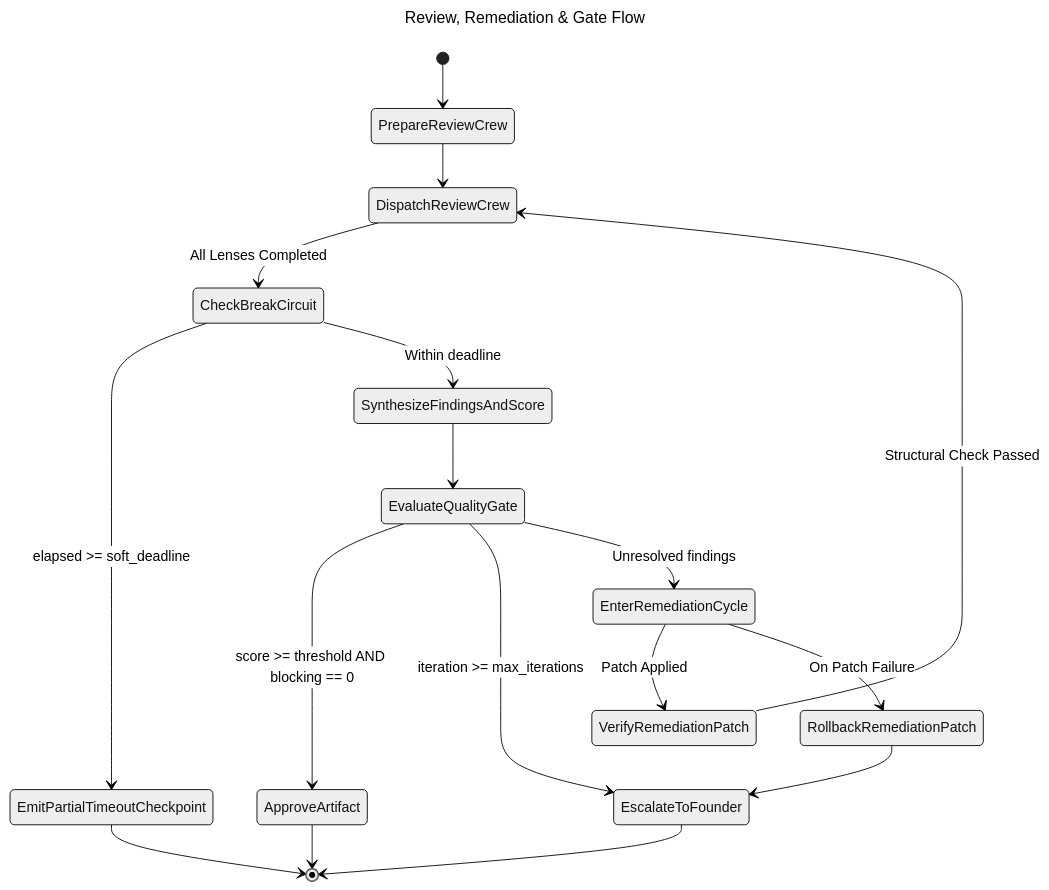
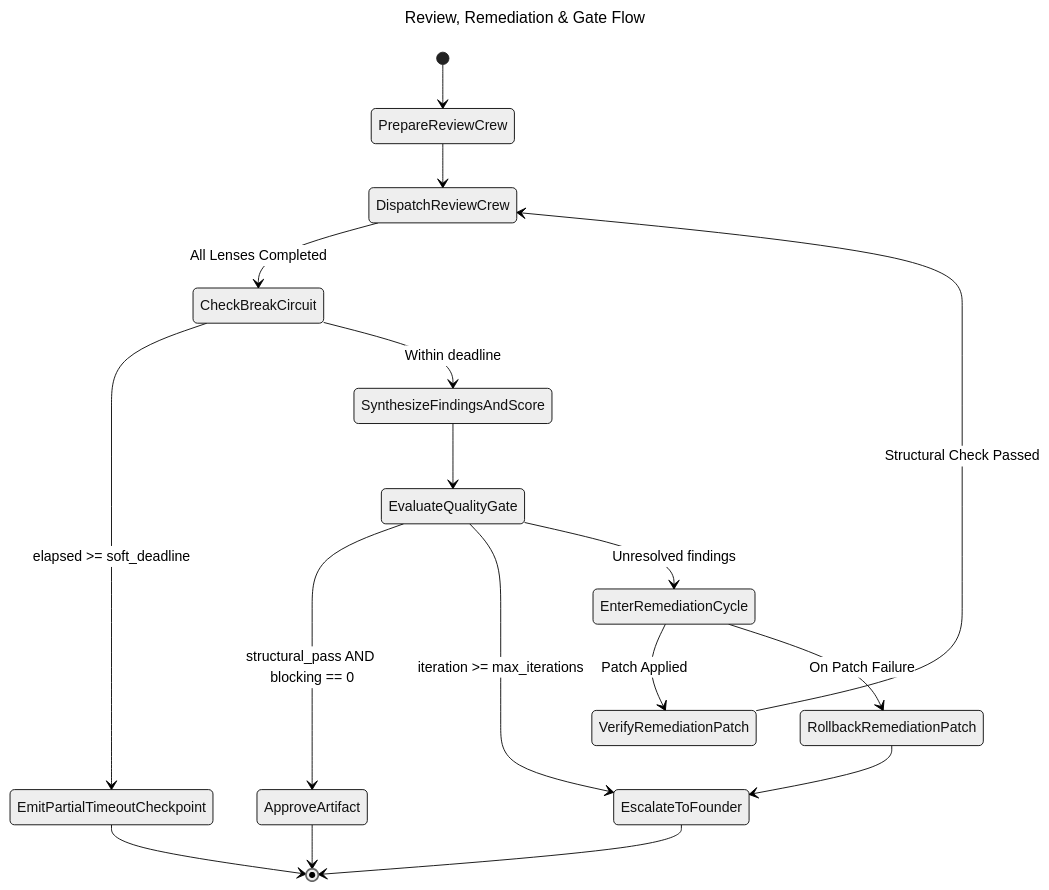
The diagram in framework/governance/REVIEW_REMEDIATION_FLOW.md (vladm3105/aidoc-flow-framework), drawn with Mermaid (neutral theme) before and after one commit. The commit also changed other lines of this file and 170 other files, not shown here.

First line of the commit message:
fix: review flows, saga lifecycle, and adaptation surface hardening (CHG-74) (#935)

````diff
--- a/framework/governance/REVIEW_REMEDIATION_FLOW.md
+++ b/framework/governance/REVIEW_REMEDIATION_FLOW.md
@@ -123,29 +130,29 @@
 ```mermaid
 ---
 title: Review, Remediation & Gate Flow
 ---
 stateDiagram-v2
     direction TB
 
     [*] --> PrepareReviewCrew
     PrepareReviewCrew --> DispatchReviewCrew
     DispatchReviewCrew --> CheckBreakCircuit: All Lenses Completed
     
     CheckBreakCircuit --> EmitPartialTimeoutCheckpoint: elapsed >= soft_deadline
     CheckBreakCircuit --> SynthesizeFindingsAndScore: Within deadline
 
     SynthesizeFindingsAndScore --> EvaluateQualityGate
-    EvaluateQualityGate --> ApproveArtifact: score >= threshold AND blocking == 0
+    EvaluateQualityGate --> ApproveArtifact: structural_pass AND blocking == 0
     EvaluateQualityGate --> EscalateToFounder: iteration >= max_iterations
     EvaluateQualityGate --> EnterRemediationCycle: Unresolved findings
 
     EnterRemediationCycle --> VerifyRemediationPatch: Patch Applied
     EnterRemediationCycle --> RollbackRemediationPatch: On Patch Failure
     RollbackRemediationPatch --> EscalateToFounder
 
     VerifyRemediationPatch --> DispatchReviewCrew: Structural Check Passed
 
     ApproveArtifact --> [*]
     EscalateToFounder --> [*]
     EmitPartialTimeoutCheckpoint --> [*]
 ```
````
